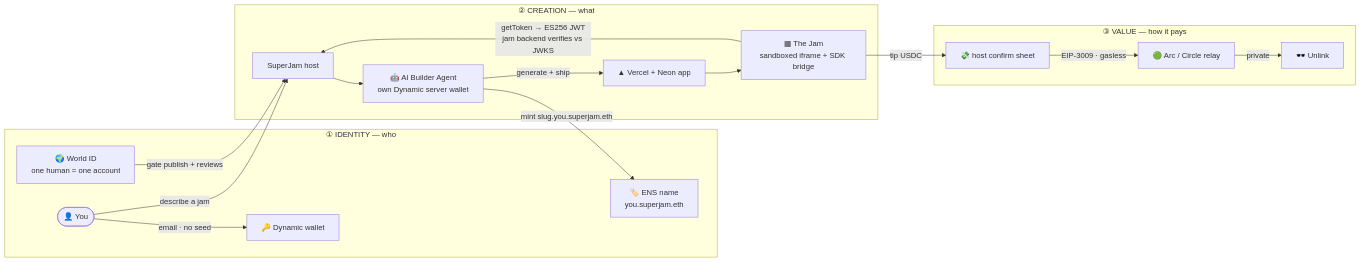
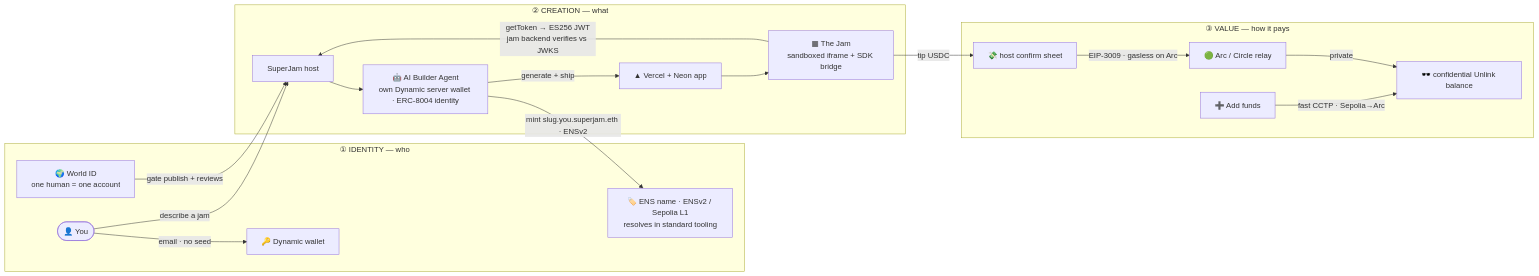
Before and after one commit to grmkris/superjam: the diagram in docs/pitch/ARCHITECTURE.md, drawn with Mermaid. The commit also changed other lines of this file and 1 other file, not shown here.

First line of the commit message:
docs(pitch): correct ENS/chain facts + add live proof points

````diff
--- a/docs/pitch/ARCHITECTURE.md
+++ b/docs/pitch/ARCHITECTURE.md
@@ -40,22 +45,23 @@
 ```mermaid
 flowchart LR
   subgraph ID["① IDENTITY — who"]
     U([👤 You]) -->|email · no seed| DYN[🔑 Dynamic wallet]
     WORLD[🌍 World ID<br/>one human = one account]
-    ENS[🏷️ ENS name<br/>you.superjam.eth]
+    ENS[🏷️ ENS name · ENSv2 / Sepolia L1<br/>resolves in standard tooling]
   end
   subgraph MAKE["② CREATION — what"]
     U -->|"describe a jam"| HOST[SuperJam host]
-    HOST --> AGENT[🤖 AI Builder Agent<br/>own Dynamic server wallet]
+    HOST --> AGENT[🤖 AI Builder Agent<br/>own Dynamic server wallet · ERC-8004 identity]
     AGENT -->|generate + ship| VERCEL[▲ Vercel + Neon app]
-    AGENT -->|mint slug.you.superjam.eth| ENS
+    AGENT -->|mint slug.you.superjam.eth · ENSv2| ENS
     VERCEL --> JAM[▦ The Jam<br/>sandboxed iframe + SDK bridge]
     JAM -->|getToken → ES256 JWT<br/>jam backend verifies vs JWKS| HOST
   end
   subgraph PAY["③ VALUE — how it pays"]
+    FUND[➕ Add funds] -->|fast CCTP · Sepolia→Arc| BAL[🕶️ confidential Unlink balance]
     JAM -->|tip USDC| CONFIRM[💸 host confirm sheet]
-    CONFIRM -->|EIP-3009 · gasless| ARC[🟢 Arc / Circle relay]
-    ARC -->|private| UNLINK[🕶️ Unlink]
+    CONFIRM -->|EIP-3009 · gasless on Arc| ARC[🟢 Arc / Circle relay]
+    ARC -->|private| BAL
   end
   WORLD -->|gate publish + reviews| HOST
 ```
````
